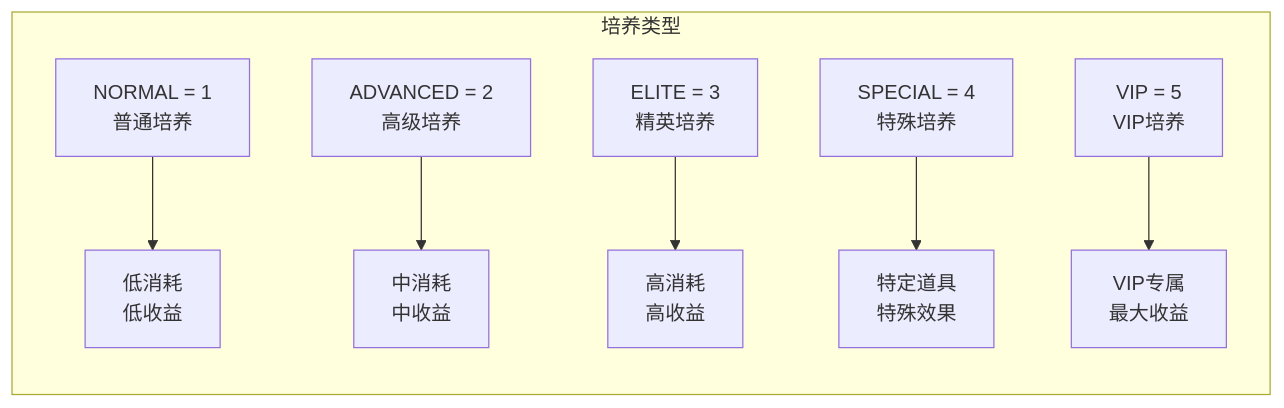
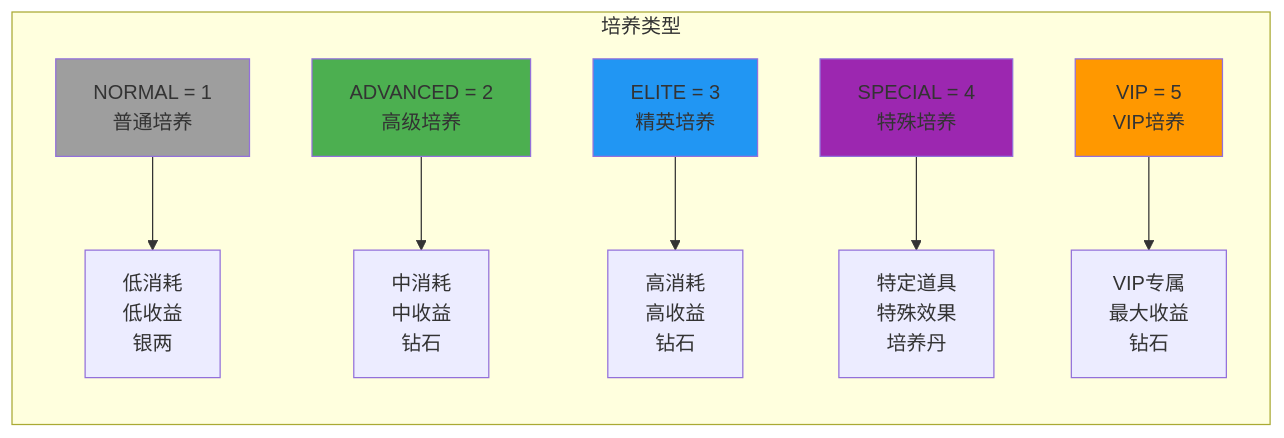
Before and after one commit to Alan-Ben/k2c_game_framework: the seventh of 15 diagrams in docs/Module_Child/01_数据配表.md, drawn with Mermaid. The commit also changed other lines of this file and 7 other files, not shown here.

````diff
--- a/docs/Module_Child/01_数据配表.md
+++ b/docs/Module_Child/01_数据配表.md
@@ -363,10 +623,16 @@
 ```mermaid
 graph LR
     subgraph 培养类型
-        A[NORMAL = 1<br/>普通培养] --> A1["低消耗<br/>低收益"]
-        B[ADVANCED = 2<br/>高级培养] --> B1["中消耗<br/>中收益"]
-        C[ELITE = 3<br/>精英培养] --> C1["高消耗<br/>高收益"]
-        D[SPECIAL = 4<br/>特殊培养] --> D1["特定道具<br/>特殊效果"]
-        E[VIP = 5<br/>VIP培养] --> E1["VIP专属<br/>最大收益"]
+        A[NORMAL = 1<br/>普通培养] --> A1["低消耗<br/>低收益<br/>银两"]
+        B[ADVANCED = 2<br/>高级培养] --> B1["中消耗<br/>中收益<br/>钻石"]
+        C[ELITE = 3<br/>精英培养] --> C1["高消耗<br/>高收益<br/>钻石"]
+        D[SPECIAL = 4<br/>特殊培养] --> D1["特定道具<br/>特殊效果<br/>培养丹"]
+        E[VIP = 5<br/>VIP培养] --> E1["VIP专属<br/>最大收益<br/>钻石"]
     end
+
+    style A fill:#9e9e9e
+    style B fill:#4caf50
+    style C fill:#2196f3
+    style D fill:#9c27b0
+    style E fill:#ff9800
 ```
````
